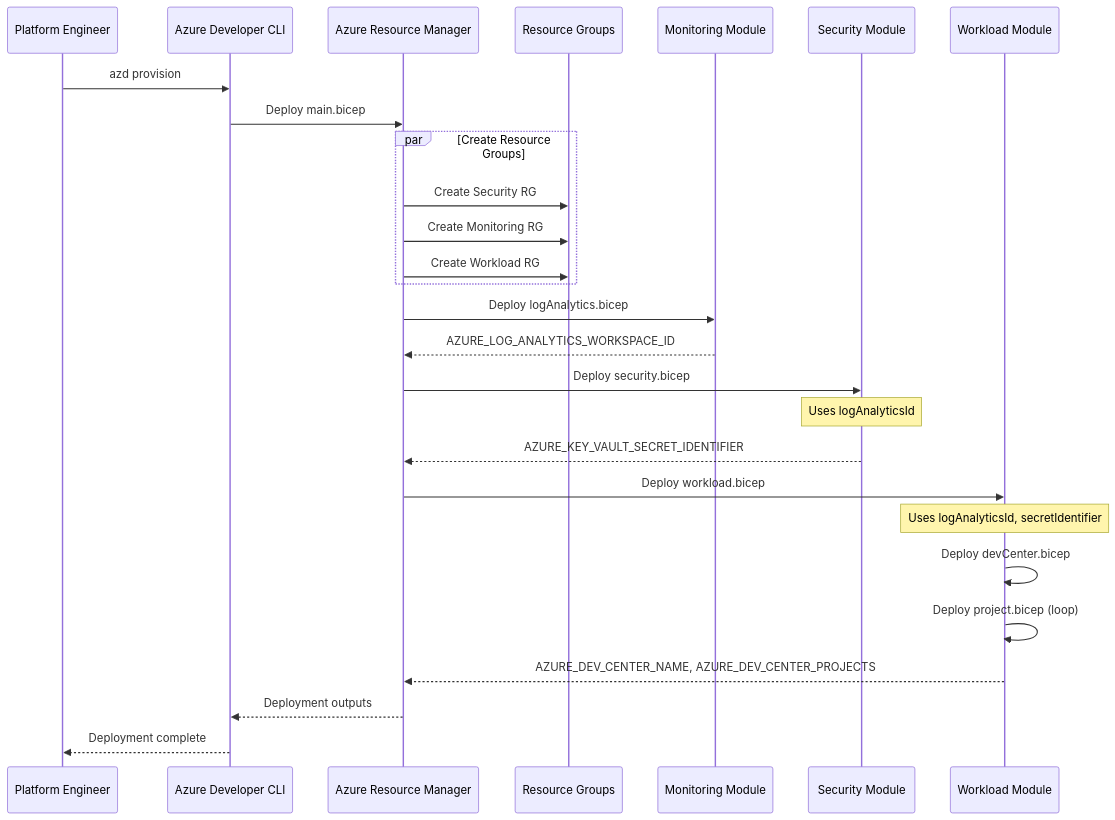
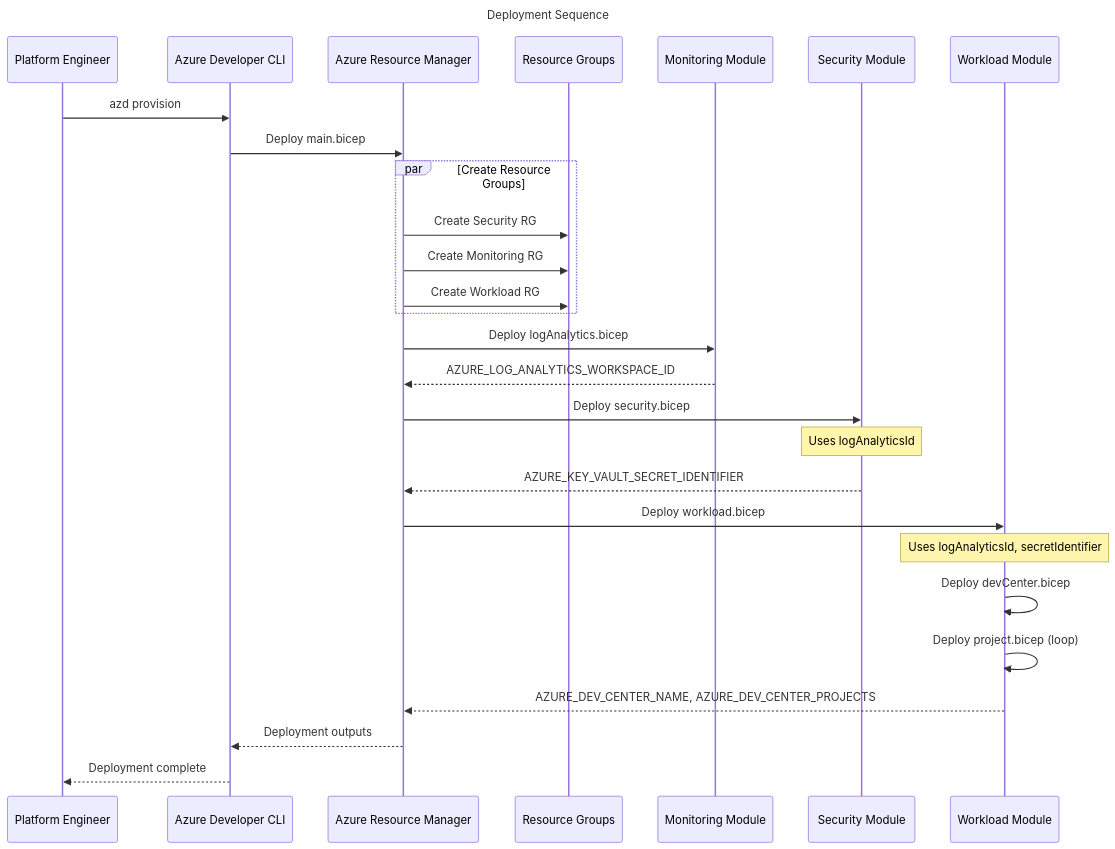
The third of 4 diagrams in docs/architecture/03-application-architecture.md (Evilazaro/DevExp-DevBox), drawn with Mermaid before and after one commit. The commit also changed other lines of this file, not shown here.

Commit message:
Refactor application architecture documentation to enhance clarity and detail in landing zone diagrams, module dependency graphs, and deployment sequences

````diff
--- a/docs/architecture/03-application-architecture.md
+++ b/docs/architecture/03-application-architecture.md
@@ -712,36 +775,45 @@
 ```mermaid
+---
+title: Deployment Sequence
+---
 sequenceDiagram
+    %% ===== PARTICIPANTS =====
     participant User as Platform Engineer
     participant AZD as Azure Developer CLI
     participant ARM as Azure Resource Manager
     participant RG as Resource Groups
     participant MON as Monitoring Module
     participant SEC as Security Module
     participant WRK as Workload Module
 
+    %% ===== INITIATE DEPLOYMENT =====
     User->>AZD: azd provision
     AZD->>ARM: Deploy main.bicep
 
+    %% ===== PARALLEL RESOURCE GROUP CREATION =====
     par Create Resource Groups
         ARM->>RG: Create Security RG
         ARM->>RG: Create Monitoring RG
         ARM->>RG: Create Workload RG
     end
 
+    %% ===== SEQUENTIAL MODULE DEPLOYMENT =====
     ARM->>MON: Deploy logAnalytics.bicep
     MON-->>ARM: AZURE_LOG_ANALYTICS_WORKSPACE_ID
 
     ARM->>SEC: Deploy security.bicep
     Note over SEC: Uses logAnalyticsId
     SEC-->>ARM: AZURE_KEY_VAULT_SECRET_IDENTIFIER
 
     ARM->>WRK: Deploy workload.bicep
     Note over WRK: Uses logAnalyticsId, secretIdentifier
 
+    %% ===== NESTED WORKLOAD DEPLOYMENT =====
     WRK->>WRK: Deploy devCenter.bicep
     WRK->>WRK: Deploy project.bicep (loop)
 
+    %% ===== RETURN OUTPUTS =====
     WRK-->>ARM: AZURE_DEV_CENTER_NAME, AZURE_DEV_CENTER_PROJECTS
     ARM-->>AZD: Deployment outputs
     AZD-->>User: Deployment complete
 ```
````
